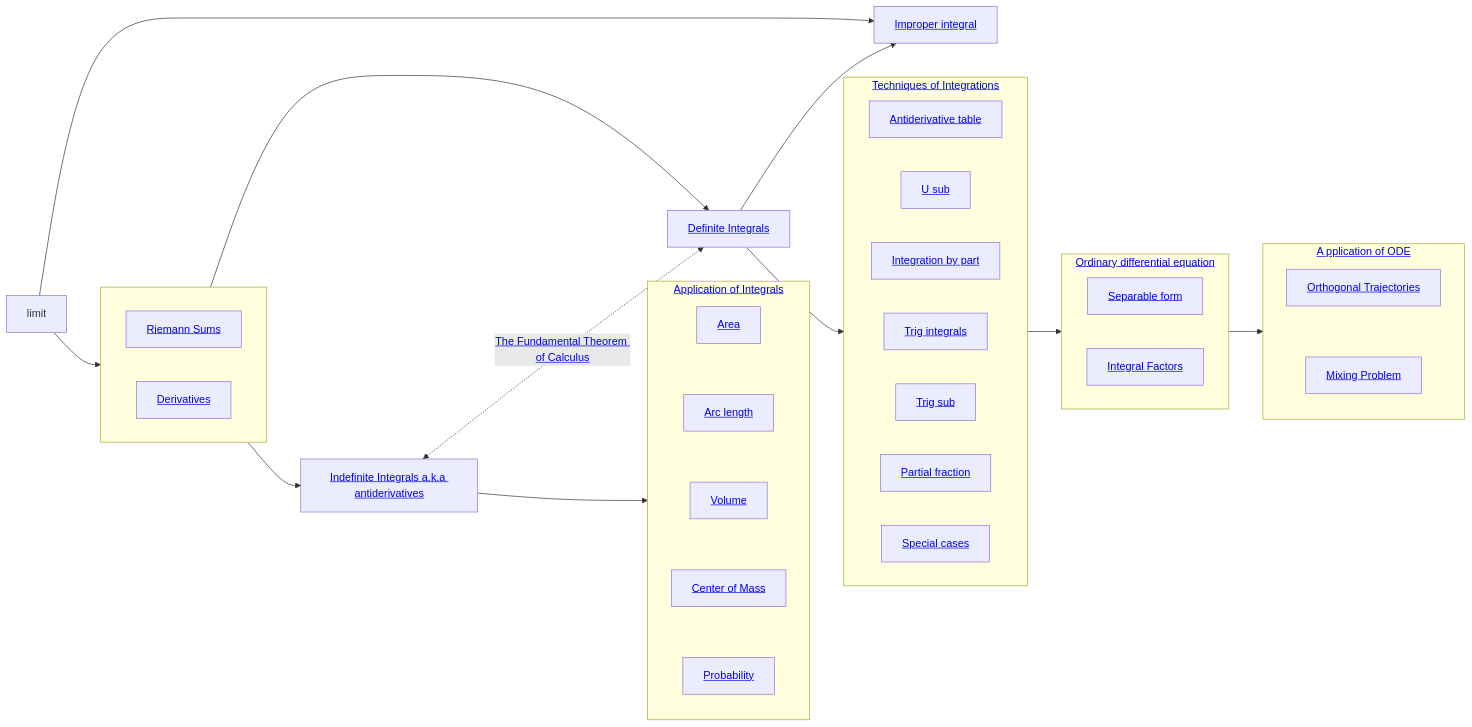
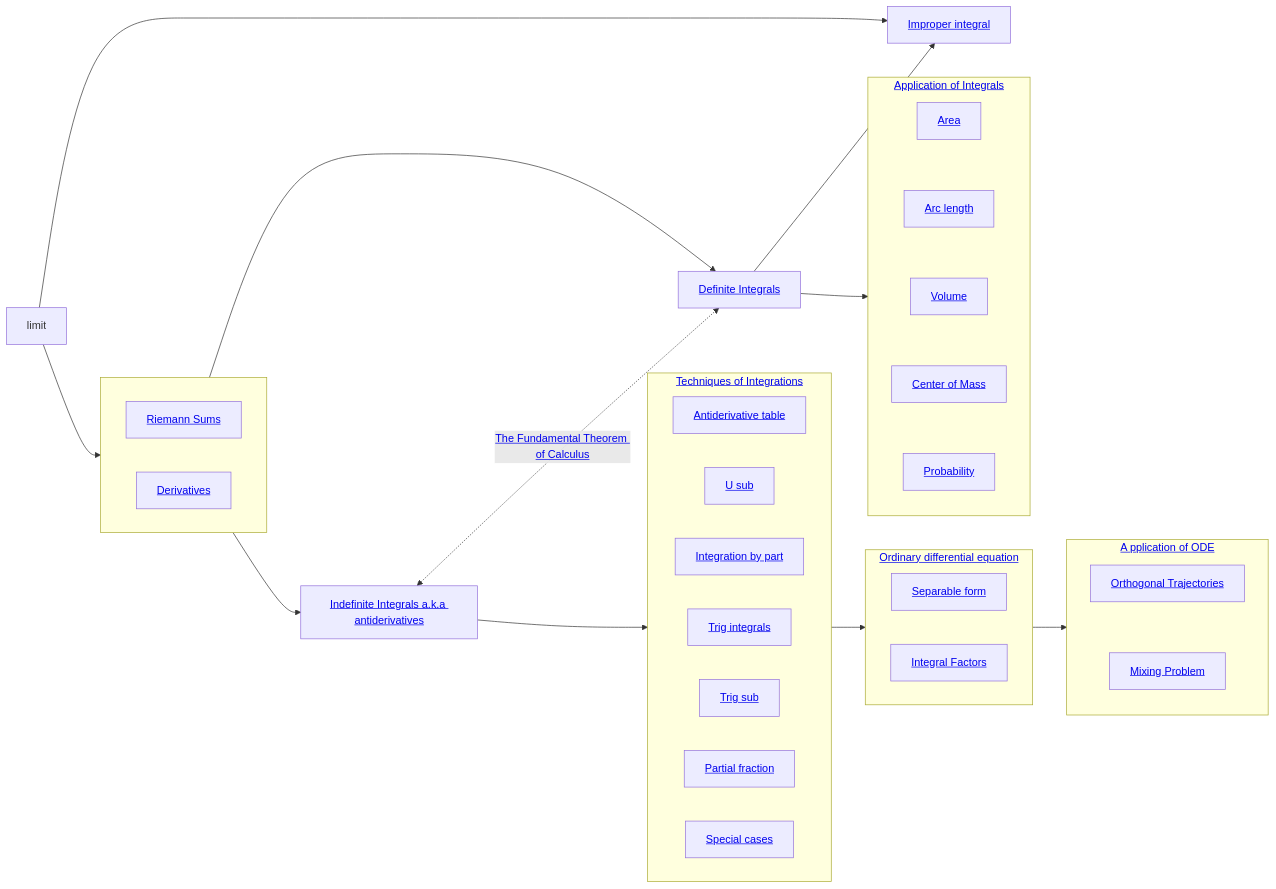
Before and after one commit to junwenwaynepeng/junwenwaynepeng.github.io: the diagram in _posts/2023-12-11-Calculus-2-overview.md, drawn with Mermaid.

````diff
--- a/_posts/2023-12-11-Calculus-2-overview.md
+++ b/_posts/2023-12-11-Calculus-2-overview.md
@@ -12,63 +12,63 @@
 ```mermaid
 %%{init: {"flowchart":{"useMaxWidth": 0}}}%%
 flowchart LR;
 RiemannSum[<a href='../books/calculus/4-definite-and-indefinite-integrals/#riemann-sum'>Riemann Sums</a>];
 Derivative[<a href='#'>Derivatives</a>];
 Limit["limit"];
 IndefiniteIntegral[<a href='../books/calculus/4-definite-and-indefinite-integrals/#definition-of-indefinite-integral-aka-antiderivatives'>Indefinite Integrals a.k.a antiderivatives</a>];
 DefiniteIntegral[<a href='../books/calculus/4-definite-and-indefinite-integrals/#definition-of-indefinite-integral'>Definite Integrals</a>];
 ImproperIntegral[<a href='../books/calculus/7-improper-integrals/'>Improper integral</a>];
 AntiderivativeTable[<a href='../books/calculus/5-techs-of-integration/#antiderivative-table'>Antiderivative table</a>];
 USub[<a href='../books/calculus/5-techs-of-integration/#the-substitution-rule'>U sub</a>];
 IBP[<a href='../books/calculus/5-techs-of-integration/#integration-by-part'>Integration by part</a>];
 TrigIntegral[<a href='../books/calculus/5-techs-of-integration/#trig-integrals'>Trig integrals</a>];
 TrigSub[<a href='../books/calculus/5-techs-of-integration/#trigonometric-substitution'>Trig sub</a>];
 PF[<a href='../books/calculus/5-techs-of-integration/#partial-fraction'>Partial fraction</a>];
 SC[<a href='../books/calculus/5-techs-of-integration/#special-cases'>Special cases</a>];
 Area[<a href='../books/calculus/6-1-geometric-applications-of-integration/#area'>Area</a>];
 ArcLength[<a href='../books/calculus/6-1-geometric-applications-of-integration/#arc-length'>Arc length</a>];
 Volume[<a href='../books/calculus/6-1-geometric-applications-of-integration/#volume-of-a-solid'>Volume</a>];
 CenterOfMass[<a href='../books/calculus/6-1-geometric-applications-of-integration/#center-of-mass'>Center of Mass</a>];
 Probability[<a href='../books/calculus/6-2-probability/'>Probability</a>];
 SeparableForm[<a href='../books/calculus/8-1-how-to-solve-order-1-odes/#separable-form'>Separable form</a>];
 Order1DiffEq[<a href='../books/calculus/8-1-how-to-solve-order-1-odes/#integral-factor-non-separable-form'>Integral Factors</a>];
 OrthTraj[<a href='../books/calculus/8-2-applications-of-odes/#orthogonal-trajectories'>Orthogonal Trajectories</a>]
 MixingProblem[<a href='../books/calculus/8-2-applications-of-odes/#mixing-problem'>Mixing Problem</a>]
 subgraph TechOfIntegration [<a href='../books/calculus/5-tech-of-integration'>Techniques of Integrations</a>];
     direction LR;
     AntiderivativeTable;
     USub;
     IBP;
     TrigIntegral;
     TrigSub;
     PF;
     SC;
 end;
 subgraph AppOfIntegral [<a href='../books/calculus/6-applications-of-integration'>Application of Integrals</a>];
     direction TB;
     Area~~~ArcLength~~~Volume~~~CenterOfMass~~~Probability;
 end;
 subgraph ODE [<a href='../books/calculus/8-ordinary-differential-equations/'>Ordinary differential equation</a>];
     direction LR;
     SeparableForm;
     Order1DiffEq;
 end;
 subgraph AppOfODE [<a href='../books/calculus/8-2-applications-of-odes'>A pplication of ODE</a>];
     direction TB;
     OrthTraj~~~MixingProblem;
 end;
 subgraph align[" "];
     direction LR;
     Derivative;
     RiemannSum;
 end;
 Limit-->RiemannSum
 Limit & DefiniteIntegral-->ImproperIntegral;
 RiemannSum-->DefiniteIntegral;
 Derivative-->IndefiniteIntegral;
 IndefiniteIntegral<-.->|<a href='../books/calculus/4-1-the-fundamental-theorem-of-calculus/'>The Fundamental Theorem of Calculus</a>|DefiniteIntegral;
-IndefiniteIntegral-->AppOfIntegral;
-DefiniteIntegral-->TechOfIntegration;
+DefiniteIntegral-->AppOfIntegral;
+IndefiniteIntegral-->TechOfIntegration;
 TechOfIntegration-->ODE-->AppOfODE;
 
 ```
````
